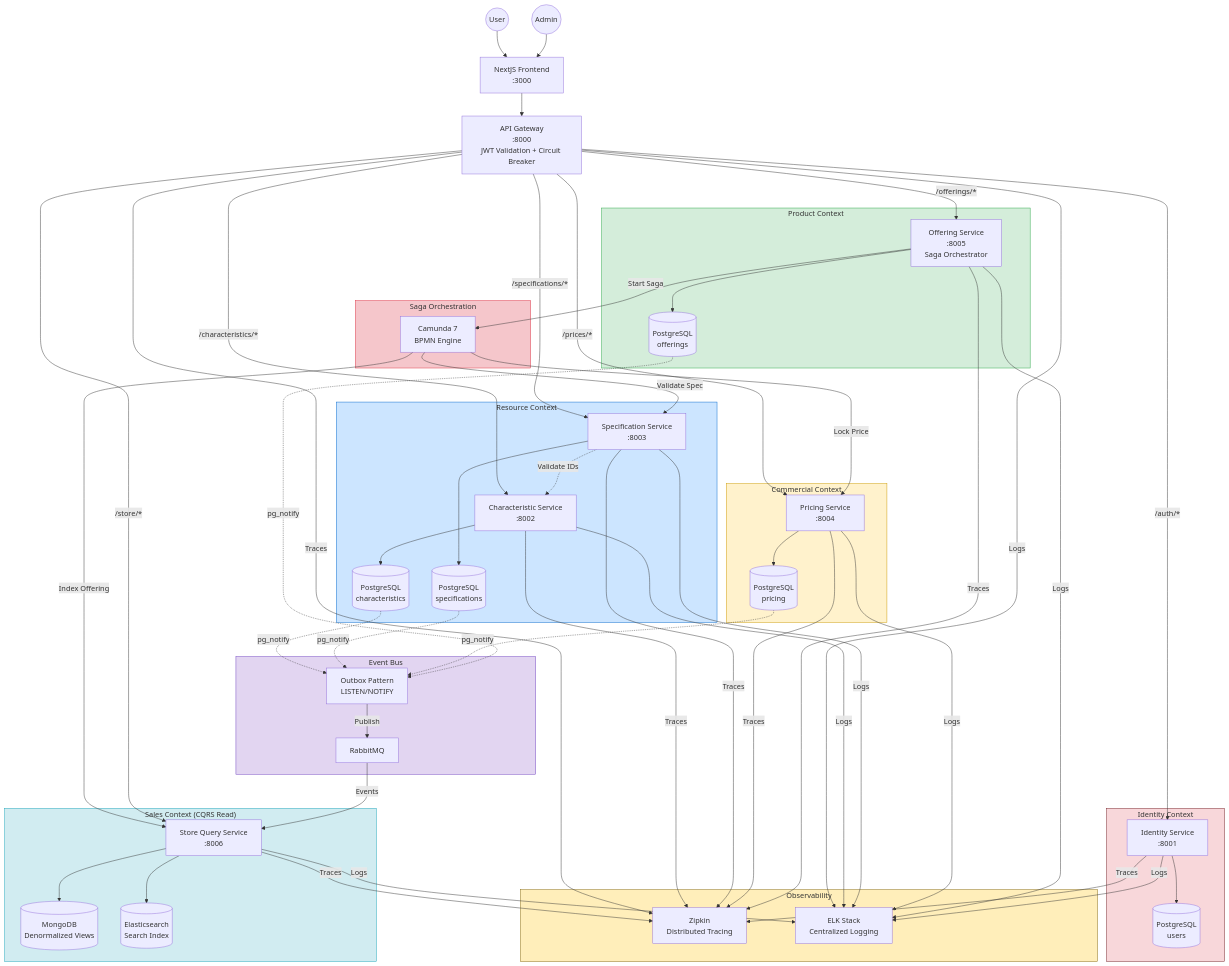
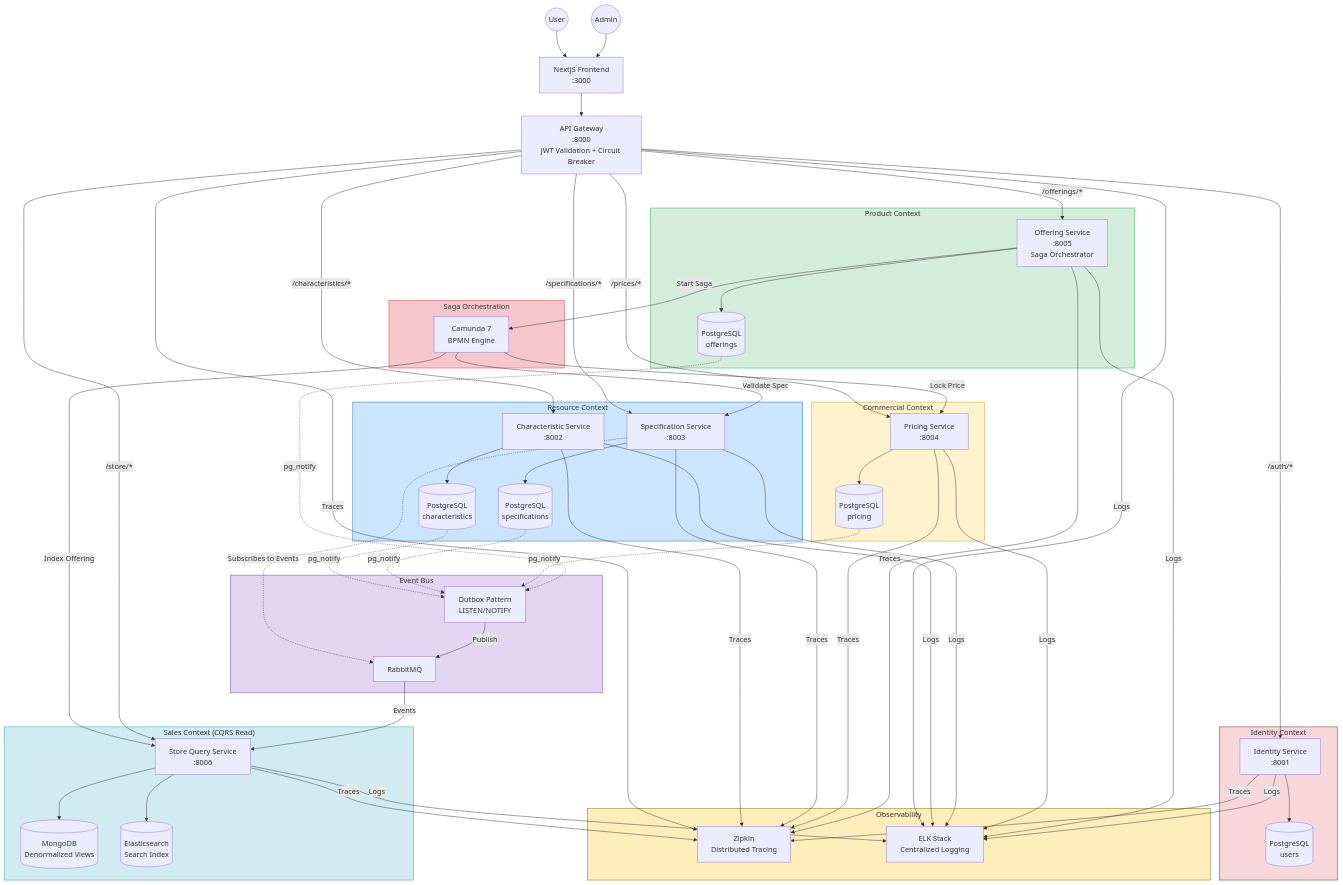
Before and after one commit to amirkiarafiei/microservices-product-catalog: the second of 3 diagrams in docs/sdd.md, drawn with Mermaid. The commit also changed other lines of this file and 2 other files, not shown here.

First line of the commit message:
docs: update architecture to address design smells and enhance service autonomy

```diff
--- a/docs/sdd.md
+++ b/docs/sdd.md
@@ -97,7 +97,7 @@
     end
     Gateway -->|/characteristics/*| CharSvc --> CharDB
     Gateway -->|/specifications/*| SpecSvc --> SpecDB
-    SpecSvc -.->|Validate IDs| CharSvc
+    SpecSvc -.->|Subscribes to Events| RabbitMQ
     
     %% ===== COMMERCIAL CONTEXT =====
     subgraph CommercialCtx["Commercial Context"]
```
